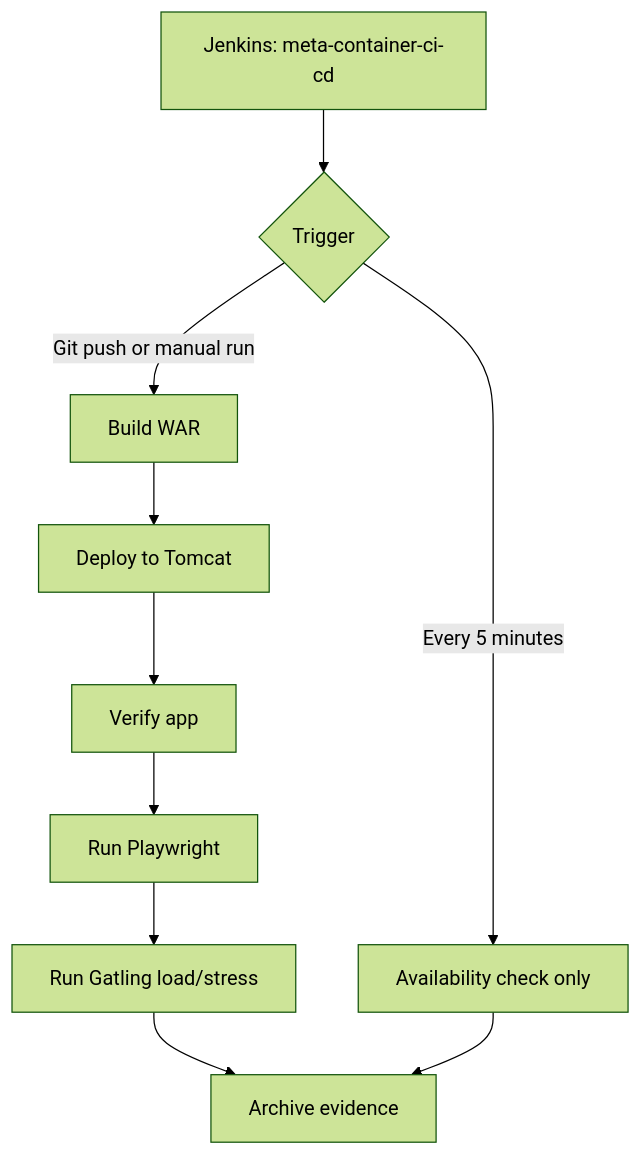
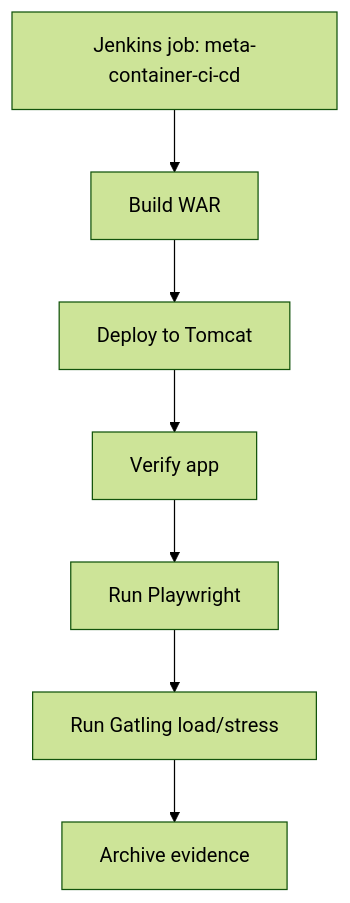
One commit to y0ncha/meta-final-project changed the second of 3 diagrams in docs/architecture.md. Above: the diagram before and after it, drawn with Mermaid (forest theme). The commit also changed other lines of this file and 13 other files, not shown here.

````diff
--- a/docs/architecture.md
+++ b/docs/architecture.md
@@ -26,14 +26,9 @@
 ```mermaid
 flowchart TD
-  Start["Jenkins: meta-container-ci-cd"] --> Trigger{"Trigger"}
-
-  Trigger -->|Git push or manual run| Build["Build WAR"]
+  Start["Jenkins job: meta-container-ci-cd"] --> Build["Build WAR"]
   Build --> Deploy["Deploy to Tomcat"]
   Deploy --> Verify["Verify app"]
   Verify --> Browser["Run Playwright"]
   Browser --> Perf["Run Gatling load/stress"]
   Perf --> Done["Archive evidence"]
-
-  Trigger -->|Every 5 minutes| Availability["Availability check only"]
-  Availability --> Done
 ```
````
